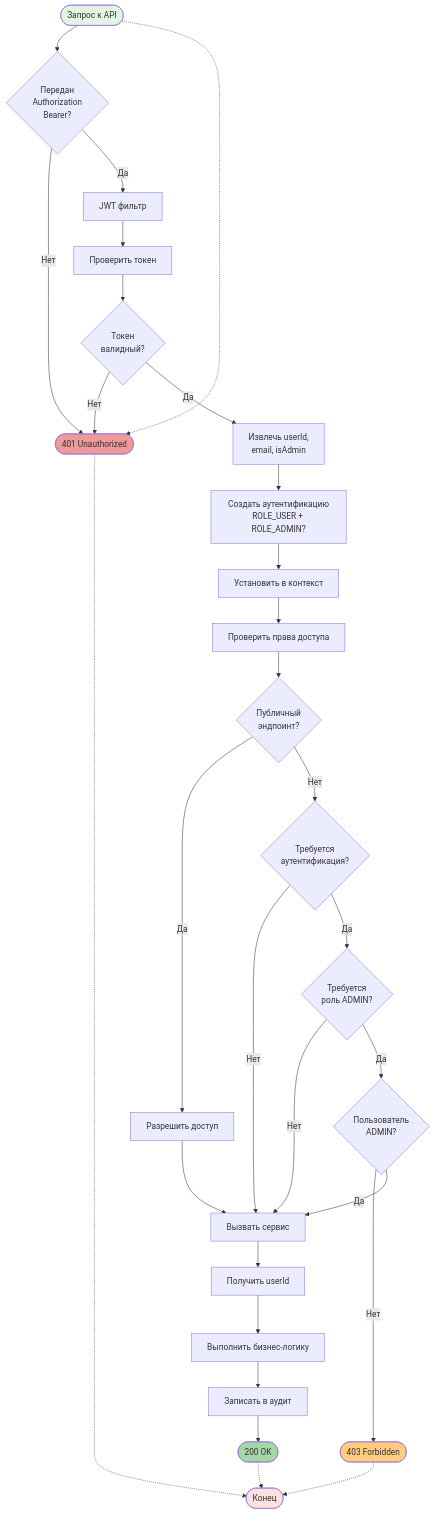
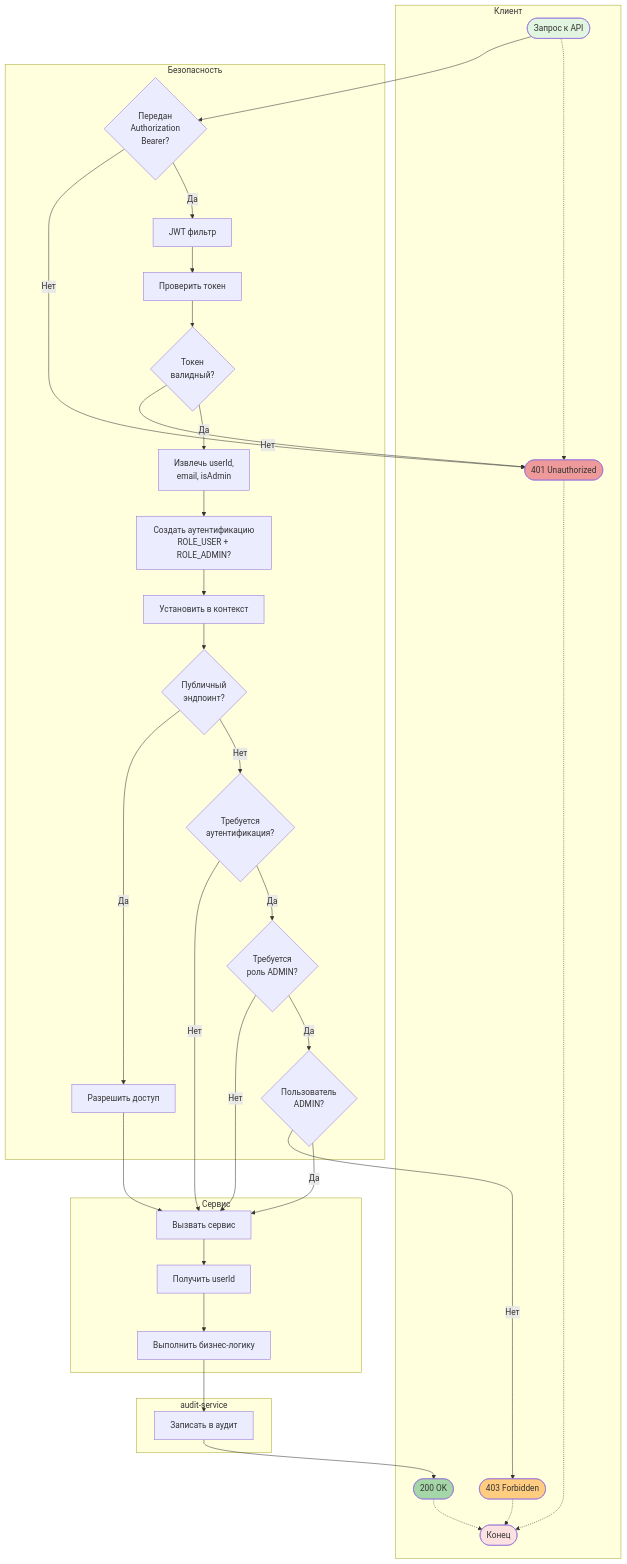
Before and after one commit to PawKorchagin/hrofos-domain-register: the tenth of 11 diagrams in README.md, drawn with Mermaid. The commit also changed other lines of this file and 7 other files, not shown here.

````diff
--- a/README.md
+++ b/README.md
@@ -483,52 +525,81 @@
 ```mermaid
-flowchart TD
-    Start([Запрос к API]) --> HasToken{Передан<br/>Authorization<br/>Bearer?}
+flowchart TB
+    subgraph ClientLane["         Клиент"]
+        Start([Запрос к API])
+        Return401([401 Unauthorized])
+        Return403([403 Forbidden])
+        Return200([200 OK])
+        End([Конец])
+    end
 
-    HasToken -- Нет --> Return401([401 Unauthorized])
-    HasToken -- Да --> JwtFilter[JWT фильтр]
+    subgraph SecurityLane["         Безопасность"]
+        HasToken{Передан<br/>Authorization<br/>Bearer?}
+        JwtFilter[JWT фильтр]
+        Validate[Проверить токен]
+        IsValid{Токен<br/>валидный?}
+        ExtractClaims[Извлечь userId,<br/>email, isAdmin]
+        CreateAuth[Создать аутентификацию<br/>ROLE_USER + ROLE_ADMIN?]
+        SecurityCtx[Установить в контекст]
+        IsPublic{Публичный<br/>эндпоинт?}
+        IsAuthenticated{Требуется<br/>аутентификация?}
+        HasAdmin{Требуется<br/>роль ADMIN?}
+        CheckAdmin{Пользователь<br/>ADMIN?}
+        PassFilter[Разрешить доступ]
+    end
 
-    JwtFilter --> Validate[Проверить токен]
-    Validate --> IsValid{Токен<br/>валидный?}
+    subgraph ServiceLane["         Сервис"]
+        Service[Вызвать сервис]
+        GetUserId[Получить userId]
+        BusinessLogic[Выполнить бизнес-логику]
+    end
 
+    subgraph AuditLane["         audit-service"]
+        AuditLog[Записать в аудит]
+    end
+
+    Start --> HasToken
+
+    HasToken -- Нет --> Return401
+    HasToken -- Да --> JwtFilter
+
+    JwtFilter --> Validate
+    Validate --> IsValid
     IsValid -- Нет --> Return401
-    IsValid -- Да --> ExtractClaims[Извлечь userId,<br/>email, isAdmin]
+    IsValid -- Да --> ExtractClaims
 
-    ExtractClaims --> CreateAuth[Создать аутентификацию<br/>ROLE_USER + ROLE_ADMIN?]
+    ExtractClaims --> CreateAuth
+    CreateAuth --> SecurityCtx
 
-    CreateAuth --> SecurityCtx[Установить в контекст]
+    SecurityCtx --> IsPublic
 
-    SecurityCtx --> SecurityConfig[Проверить права доступа]
+    IsPublic -- Да --> PassFilter
+    PassFilter --> Service
 
-    SecurityConfig --> IsPublic{Публичный<br/>эндпоинт?}
-
-    IsPublic -- Да --> PassFilter[Разрешить доступ]
-    PassFilter --> Service[Вызвать сервис]
-
-    IsPublic -- Нет --> IsAuthenticated{Требуется<br/>аутентификация?}
+    IsPublic -- Нет --> IsAuthenticated
 
     IsAuthenticated -- Нет --> Service
-    IsAuthenticated -- Да --> HasAdmin{Требуется<br/>роль ADMIN?}
+    IsAuthenticated -- Да --> HasAdmin
 
     HasAdmin -- Нет --> Service
-    HasAdmin -- Да --> CheckAdmin{Пользователь<br/>ADMIN?}
+    HasAdmin -- Да --> CheckAdmin
 
-    CheckAdmin -- Нет --> Return403([403 Forbidden])
+    CheckAdmin -- Нет --> Return403
     CheckAdmin -- Да --> Service
 
-    Service --> GetUserId[Получить userId]
-    GetUserId --> BusinessLogic[Выполнить бизнес-логику]
-    BusinessLogic --> AuditLog[Записать в аудит]
+    Service --> GetUserId
+    GetUserId --> BusinessLogic
+    BusinessLogic --> AuditLog
 
-    AuditLog --> Return200([200 OK])
+    AuditLog --> Return200
 
     Start -.-> Return401
-    Return401 -.-> End([Конец])
+    Return401 -.-> End
     Return403 -.-> End
     Return200 -.-> End
 
     style Start fill:#e1f5e1
     style End fill:#fce1e1
     style Return200 fill:#a5d6a7
     style Return401 fill:#ef9a9a
     style Return403 fill:#ffcc80
 ```
````
